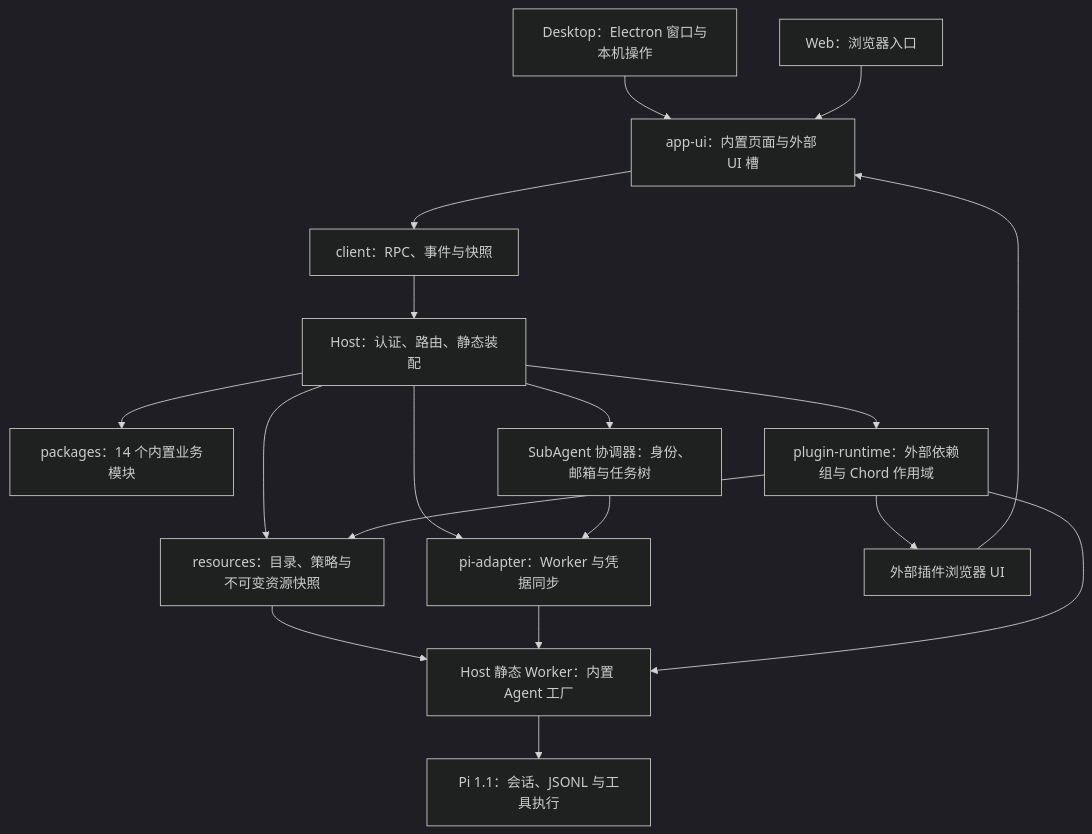
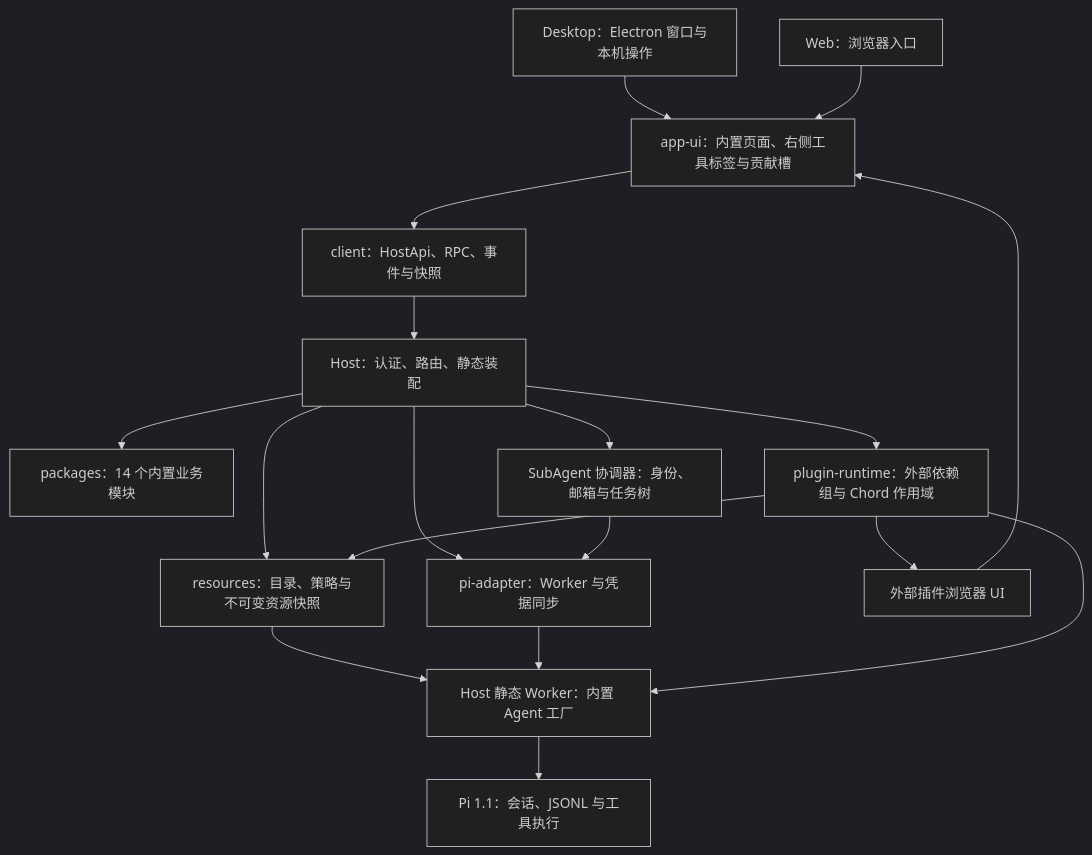
The first of 5 diagrams in docs/architecture.md (xidongdong-153/Pi-meme), drawn with Mermaid before and after one commit. The commit also changed other lines of this file and 204 other files, not shown here.

Commit message:
refactor: 统一 App 插件体系与 Host API，重构右侧工具标签布局

````diff
--- a/docs/architecture.md
+++ b/docs/architecture.md
@@ -7,21 +7,21 @@
 ```mermaid
 %%{init: {"theme": "dark"}}%%
 flowchart TD
-  Desktop["Desktop：Electron 窗口与本机操作"] --> App["app-ui：内置页面与外部 UI 槽"]
+  Desktop["Desktop：Electron 窗口与本机操作"] --> App["app-ui：内置页面、右侧工具标签与贡献槽"]
   Web["Web：浏览器入口"] --> App
-  App --> Client["client：RPC、事件与快照"]
+  App --> Client["client：HostApi、RPC、事件与快照"]
   Client --> Host["Host：认证、路由、静态装配"]
   Host --> Builtins["packages：14 个内置业务模块"]
   Host --> Plugins["plugin-runtime：外部依赖组与 Chord 作用域"]
   Host --> Resources["resources：目录、策略与不可变资源快照"]
   Plugins --> Resources
   Resources --> Worker
   Host --> Coordinator["SubAgent 协调器：身份、邮箱与任务树"]
   Host --> Adapter["pi-adapter：Worker 与凭据同步"]
   Coordinator --> Adapter
   Adapter --> Worker["Host 静态 Worker：内置 Agent 工厂"]
   Plugins --> Worker
   Worker --> Pi["Pi 1.1：会话、JSONL 与工具执行"]
   Plugins --> Slots["外部插件浏览器 UI"]
   Slots --> App
 ```
````
